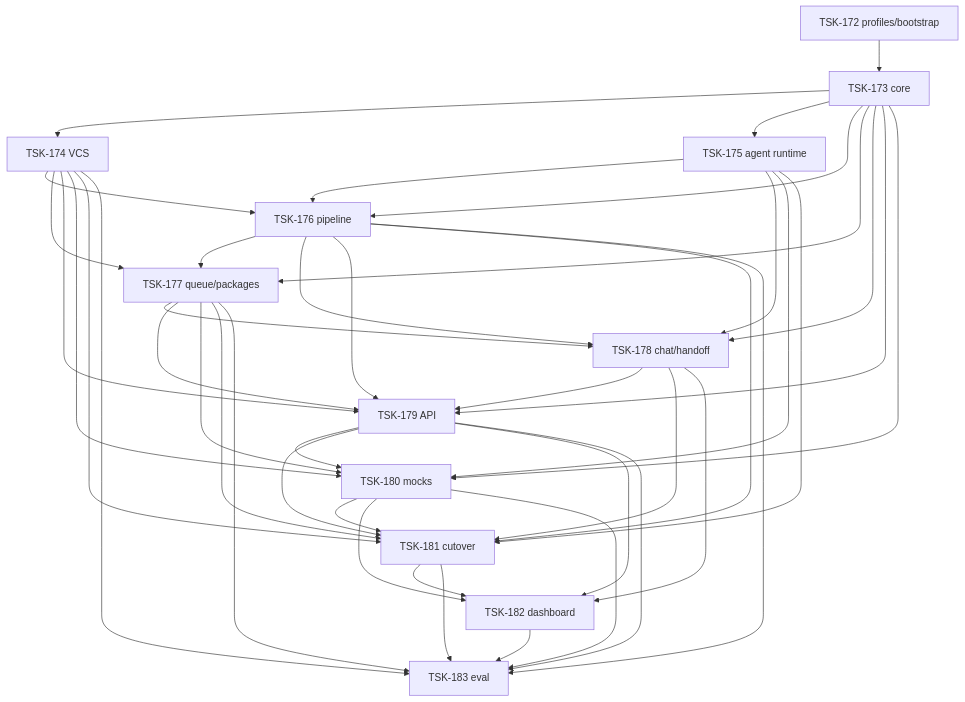
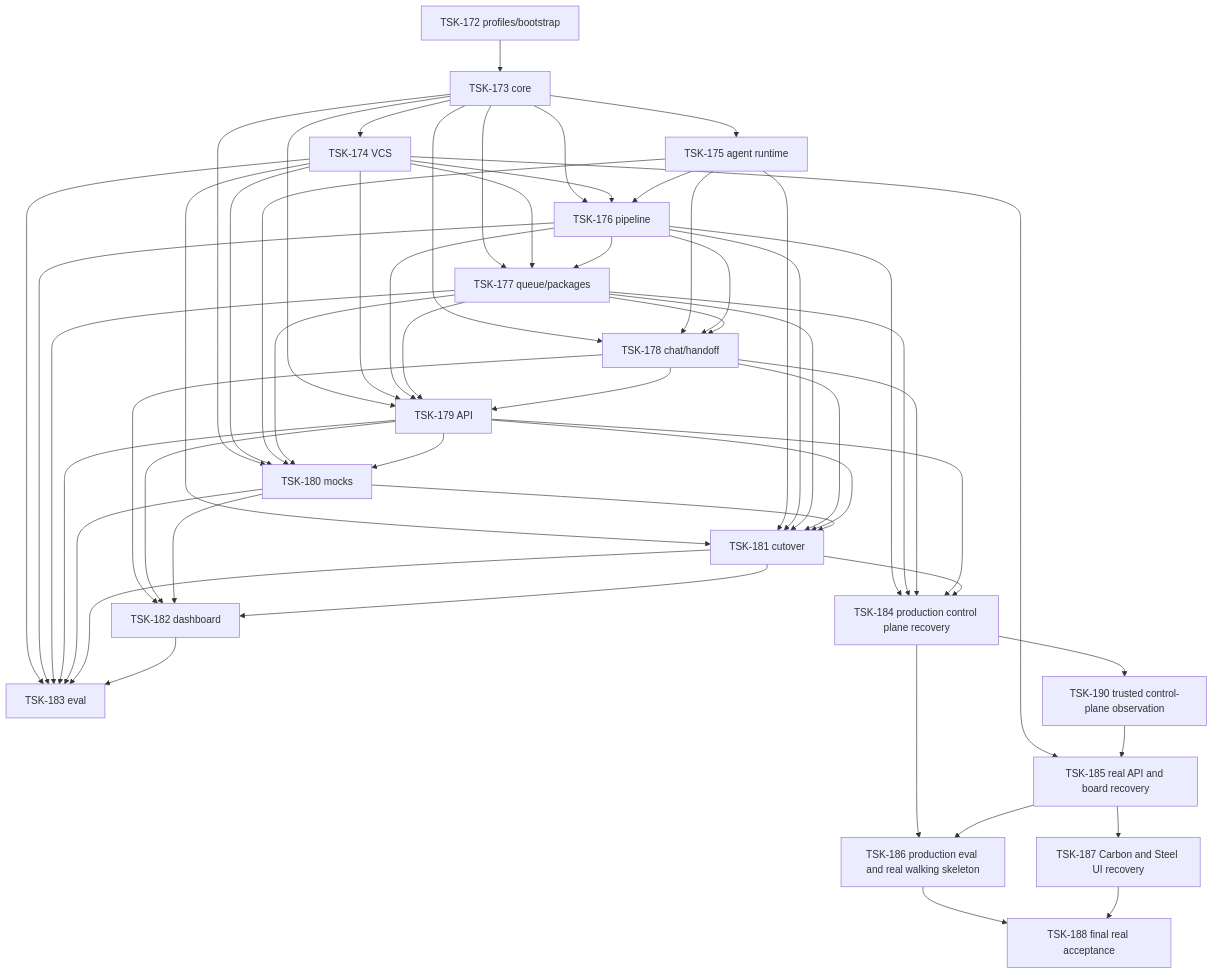
One commit to RubaXa/gennady changed the diagram in tasks/agent-inbox/README.md. Above: the diagram before and after it, drawn with Mermaid. The commit also changed other lines of this file and 218 other files, not shown here.

````diff
--- a/tasks/agent-inbox/README.md
+++ b/tasks/agent-inbox/README.md
@@ -26,44 +26,57 @@
 ```mermaid
 graph TD
   T172[TSK-172 profiles/bootstrap] --> T173[TSK-173 core]
   T173 --> T174[TSK-174 VCS]
   T173 --> T175[TSK-175 agent runtime]
   T173 --> T176[TSK-176 pipeline]
   T174 --> T176
   T175 --> T176
   T173 --> T177[TSK-177 queue/packages]
   T174 --> T177
   T176 --> T177
   T173 --> T178[TSK-178 chat/handoff]
   T175 --> T178
   T176 --> T178
   T177 --> T178
   T173 --> T179[TSK-179 API]
   T174 --> T179
   T176 --> T179
   T177 --> T179
   T178 --> T179
   T173 --> T180[TSK-180 mocks]
   T174 --> T180
   T175 --> T180
   T177 --> T180
   T179 --> T180
   T174 --> T181[TSK-181 cutover]
   T175 --> T181
   T176 --> T181
   T177 --> T181
   T178 --> T181
   T179 --> T181
   T180 --> T181
   T178 --> T182[TSK-182 dashboard]
   T179 --> T182
   T180 --> T182
   T181 --> T182
   T174 --> T183[TSK-183 eval]
   T176 --> T183
   T177 --> T183
   T179 --> T183
   T180 --> T183
   T181 --> T183
   T182 --> T183
+  T176 --> T184[TSK-184 production control plane recovery]
+  T177 --> T184
+  T178 --> T184
+  T179 --> T184
+  T181 --> T184
+  T184 --> T190[TSK-190 trusted control-plane observation]
+  T174 --> T185[TSK-185 real API and board recovery]
+  T190 --> T185
+  T184 --> T186[TSK-186 production eval and real walking skeleton]
+  T185 --> T186
+  T185 --> T187[TSK-187 Carbon and Steel UI recovery]
+  T186 --> T188[TSK-188 final real acceptance]
+  T187 --> T188
 ```
````
